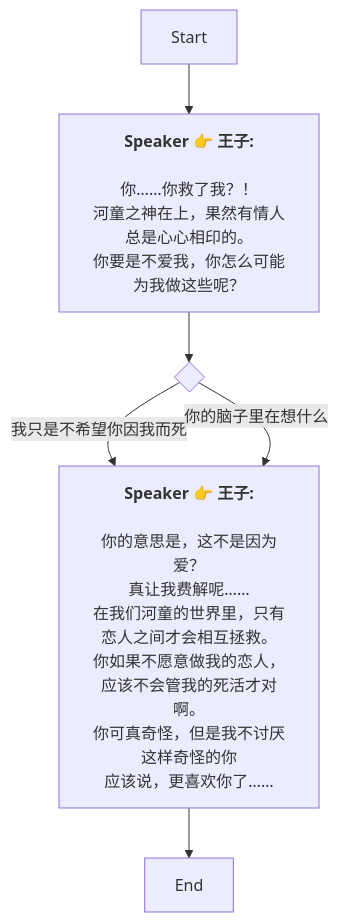
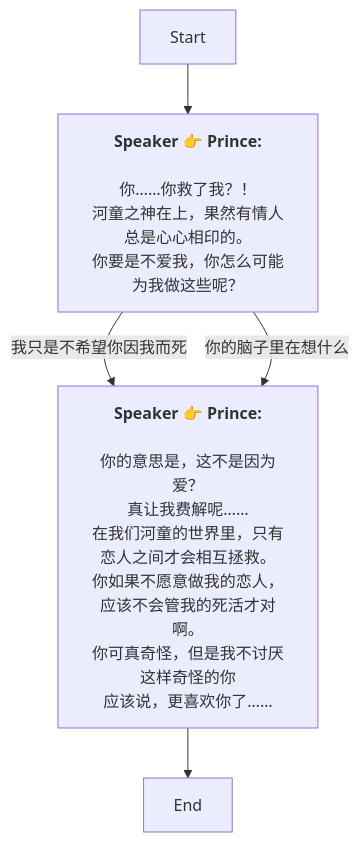
One commit to SoftHu/tos_avg changed the diagram in Zh/QuestStartTalkENode_1756592938019383.md. Above: the diagram before and after it, drawn with Mermaid. The commit also changed 737 other files, not shown here.

````diff
--- a/Zh/QuestStartTalkENode_1756592938019383.md
+++ b/Zh/QuestStartTalkENode_1756592938019383.md
@@ -1,27 +1,19 @@
 ```mermaid
 graph
-Start -->1756593012041274[<b>Speaker 👉 王子:</b>
-
-你……你救了我？！
+Start -->1756593012041274[<b>Speaker 👉 Prince:</b>
+\n你……你救了我？！
 河童之神在上，果然有情人总是心心相印的。
 你要是不爱我，你怎么可能为我做这些呢？]
-1756593012041274 -->1756593050182203{ }
-1756593050182203 -->|我只是不希望你因我而死|1756593102916161[<b>Speaker 👉 王子:</b>
-
-你的意思是，这不是因为爱？
-真让我费解呢……
-在我们河童的世界里，只有恋人之间才会相互拯救。
-你如果不愿意做我的恋人，应该不会管我的死活才对啊。
-你可真奇怪，但是我不讨厌这样奇怪的你
+1756593012041274 -->|我只是不希望你因我而死|1756593102916161[<b>Speaker 👉 Prince:</b>
+\n你的意思是，这不是因为爱？
+真让我费解呢……\n在我们河童的世界里，只有恋人之间才会相互拯救。
+你如果不愿意做我的恋人，应该不会管我的死活才对啊。\n你可真奇怪，但是我不讨厌这样奇怪的你
 应该说，更喜欢你了……]
-1756593050182203 -->|你的脑子里在想什么 |1756593102916161[<b>Speaker 👉 王子:</b>
-
-你的意思是，这不是因为爱？
-真让我费解呢……
-在我们河童的世界里，只有恋人之间才会相互拯救。
-你如果不愿意做我的恋人，应该不会管我的死活才对啊。
-你可真奇怪，但是我不讨厌这样奇怪的你
+1756593012041274 -->|你的脑子里在想什么 |1756593102916161[<b>Speaker 👉 Prince:</b>
+\n你的意思是，这不是因为爱？
+真让我费解呢……\n在我们河童的世界里，只有恋人之间才会相互拯救。
+你如果不愿意做我的恋人，应该不会管我的死活才对啊。\n你可真奇怪，但是我不讨厌这样奇怪的你
 应该说，更喜欢你了……]
 1756593102916161 -->1756593433360962[End]
 
- ```
+```
````
